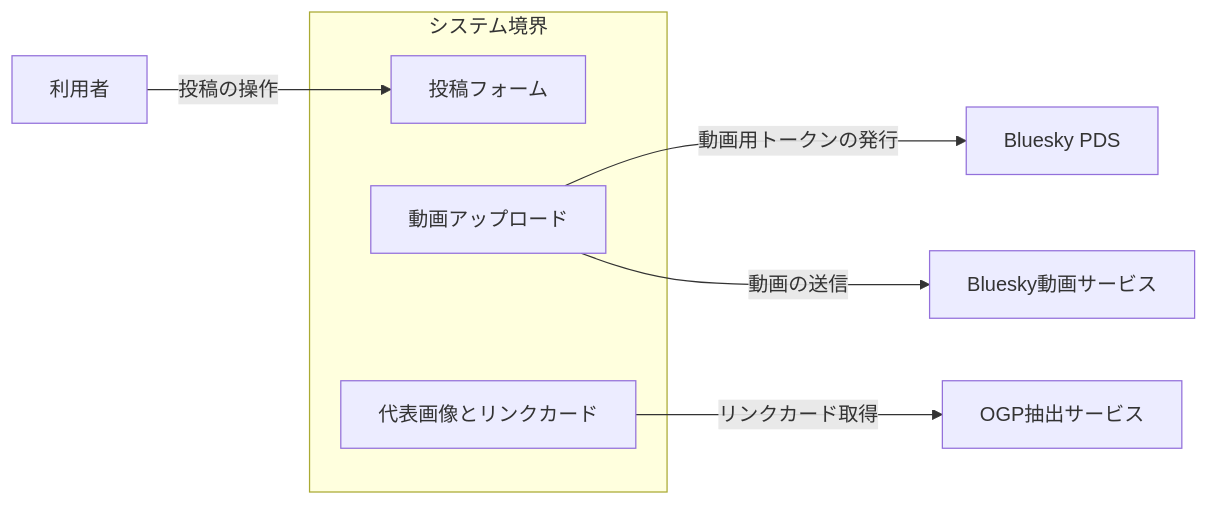
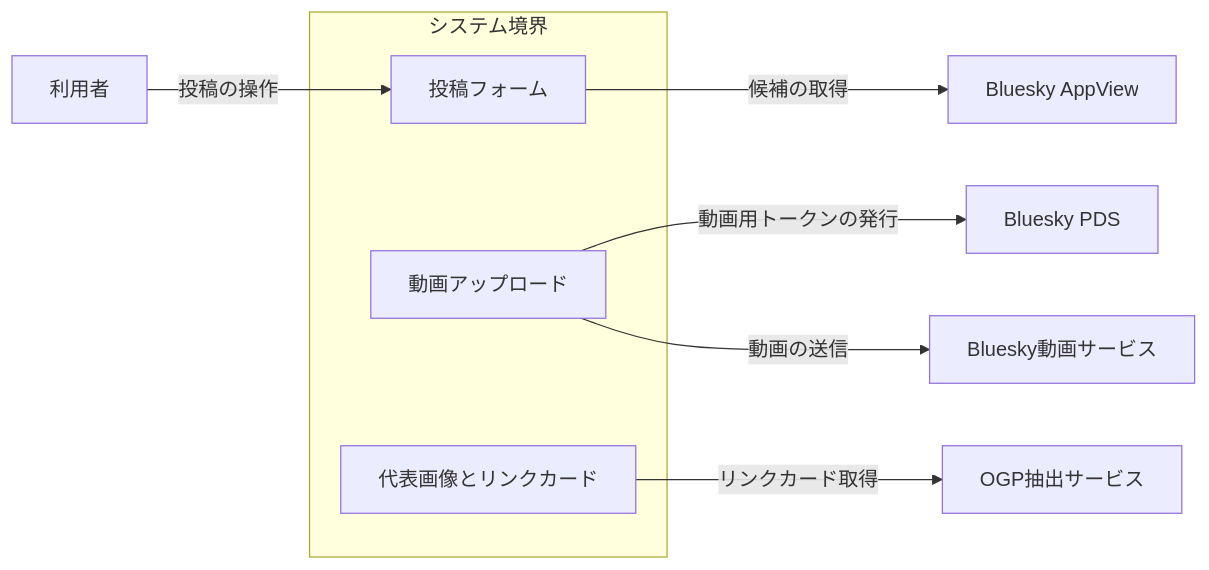
The second of 7 diagrams in docs/architecture/compose.md (nekono-dev/skyshare), drawn with Mermaid before and after one commit. The commit also changed other lines of this file and 4 other files, not shown here.

Commit message:
architecture に WebShare・候補取得・画像CDN・ゲスト表示などの漏れを追記

````diff
--- a/docs/architecture/compose.md
+++ b/docs/architecture/compose.md
@@ -63,12 +65,13 @@
 ```mermaid
 flowchart LR
   subgraph システム境界
     composer["投稿フォーム"]
     video["動画アップロード"]
     visual["代表画像とリンクカード"]
   end
   ext_user["利用者"] -->|投稿の操作| composer
   video -->|動画用トークンの発行| ext_pds["Bluesky PDS"]
   video -->|動画の送信| ext_video["Bluesky動画サービス"]
   visual -->|リンクカード取得| ext_ogp["OGP抽出サービス"]
+  composer -->|候補の取得| ext_appview["Bluesky AppView"]
 ```
````
